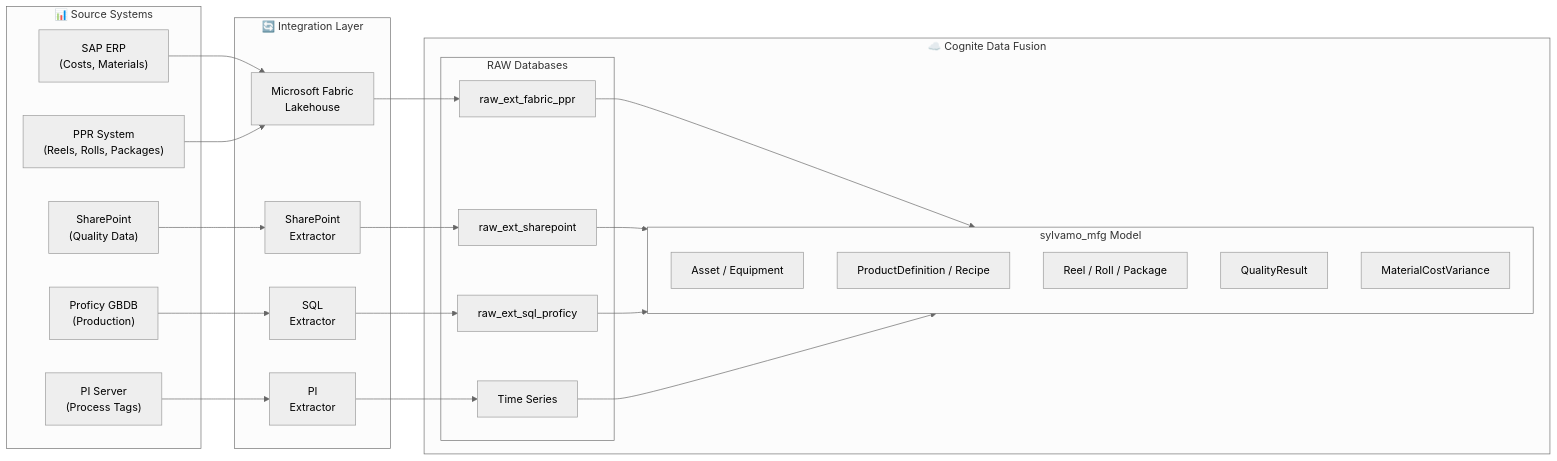
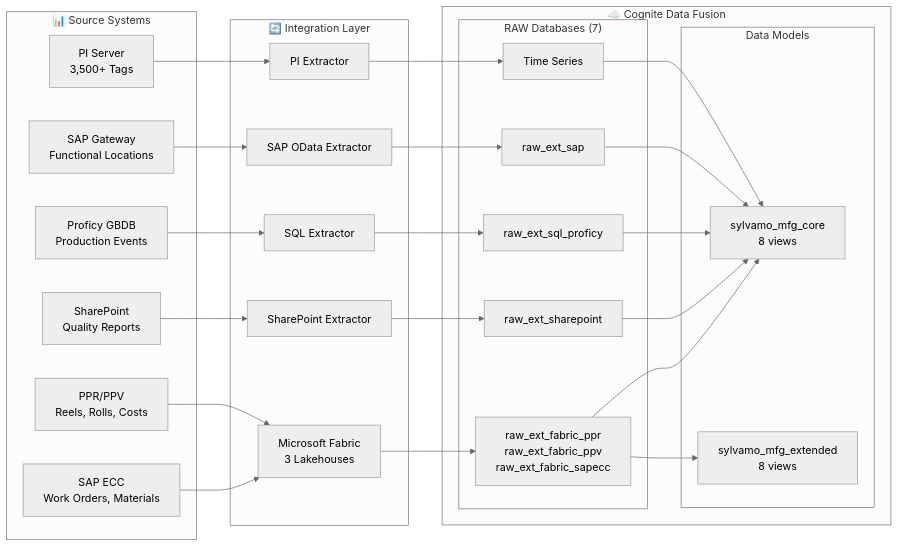
One commit to fbarsoba-cognite/sylvamo-project-documentation changed the fourth of 4 diagrams in README.md. Above: the diagram before and after it, drawn with Mermaid (neutral theme). The commit also changed other lines of this file, not shown here.

First line of the commit message:
Update README with current CDF data model state

````diff
--- a/README.md
+++ b/README.md
@@ -300,45 +379,48 @@
 ```mermaid
 flowchart LR
     subgraph Sources["📊 Source Systems"]
-        SAP["SAP ERP<br/>(Costs, Materials)"]
-        PPR["PPR System<br/>(Reels, Rolls, Packages)"]
-        SP["SharePoint<br/>(Quality Data)"]
-        PROF["Proficy GBDB<br/>(Production)"]
-        PI["PI Server<br/>(Process Tags)"]
+        SAPECC["SAP ECC<br/>Work Orders, Materials"]
+        SAPGW["SAP Gateway<br/>Functional Locations"]
+        PPR["PPR/PPV<br/>Reels, Rolls, Costs"]
+        SP["SharePoint<br/>Quality Reports"]
+        PROF["Proficy GBDB<br/>Production Events"]
+        PI["PI Server<br/>3,500+ Tags"]
     end
 
     subgraph Integration["🔄 Integration Layer"]
-        FAB["Microsoft Fabric<br/>Lakehouse"]
-        SPX["SharePoint<br/>Extractor"]
-        SQLX["SQL<br/>Extractor"]
-        PIX["PI<br/>Extractor"]
+        FAB["Microsoft Fabric<br/>3 Lakehouses"]
+        SPX["SharePoint Extractor"]
+        SQLX["SQL Extractor"]
+        PIX["PI Extractor"]
+        SAPX["SAP OData Extractor"]
     end
 
     subgraph CDF["☁️ Cognite Data Fusion"]
-        subgraph RAW["RAW Databases"]
-            R1["raw_ext_fabric_ppr"]
+        subgraph RAW["RAW Databases (7)"]
+            R1["raw_ext_fabric_ppr<br/>raw_ext_fabric_ppv<br/>raw_ext_fabric_sapecc"]
             R2["raw_ext_sharepoint"]
             R3["raw_ext_sql_proficy"]
+            R4["raw_ext_sap"]
             TS["Time Series"]
         end
-        subgraph DM["sylvamo_mfg Model"]
-            V1["Asset / Equipment"]
-            V2["ProductDefinition / Recipe"]
-            V3["Reel / Roll / Package"]
-            V4["QualityResult"]
-            V5["MaterialCostVariance"]
+        subgraph Models["Data Models"]
+            CORE["sylvamo_mfg_core<br/>8 views"]
+            EXT["sylvamo_mfg_extended<br/>8 views"]
         end
     end
 
-    SAP --> FAB
+    SAPECC --> FAB
     PPR --> FAB
+    SAPGW --> SAPX --> R4
     FAB --> R1
     SP --> SPX --> R2
     PROF --> SQLX --> R3
     PI --> PIX --> TS
 
-    R1 --> DM
-    R2 --> DM
-    R3 --> DM
-    TS --> DM
+    R1 --> CORE
+    R2 --> CORE
+    R3 --> CORE
+    R4 --> CORE
+    TS --> CORE
+    R1 --> EXT
 ```
````
